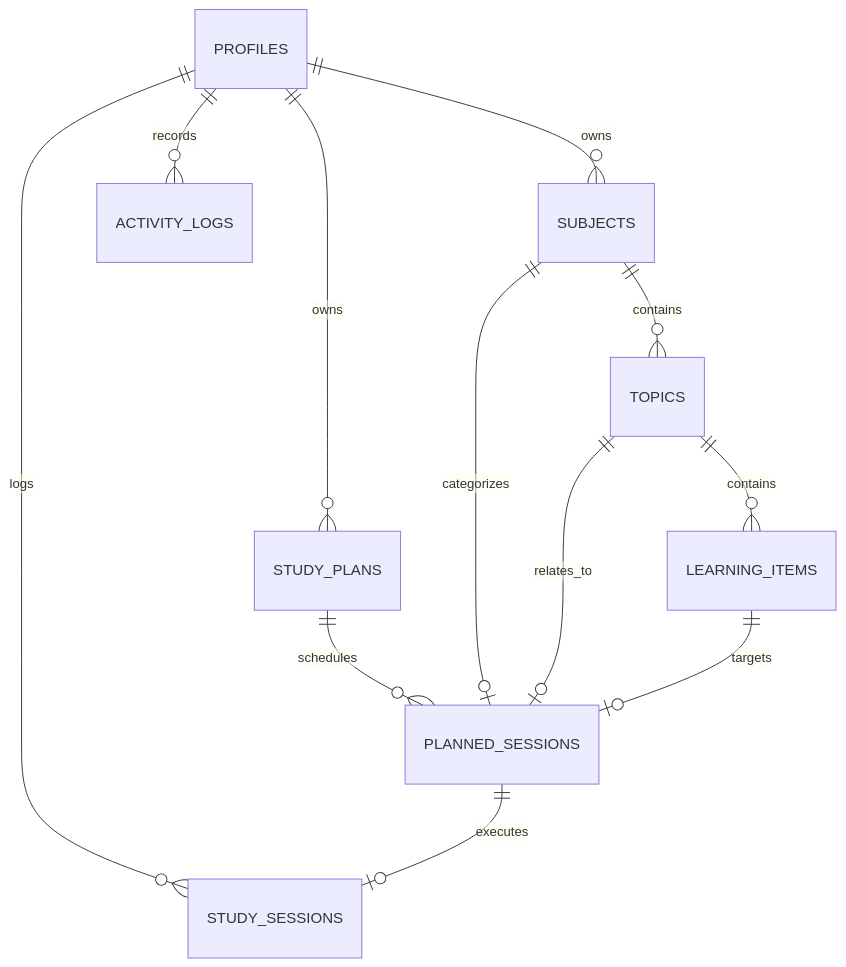
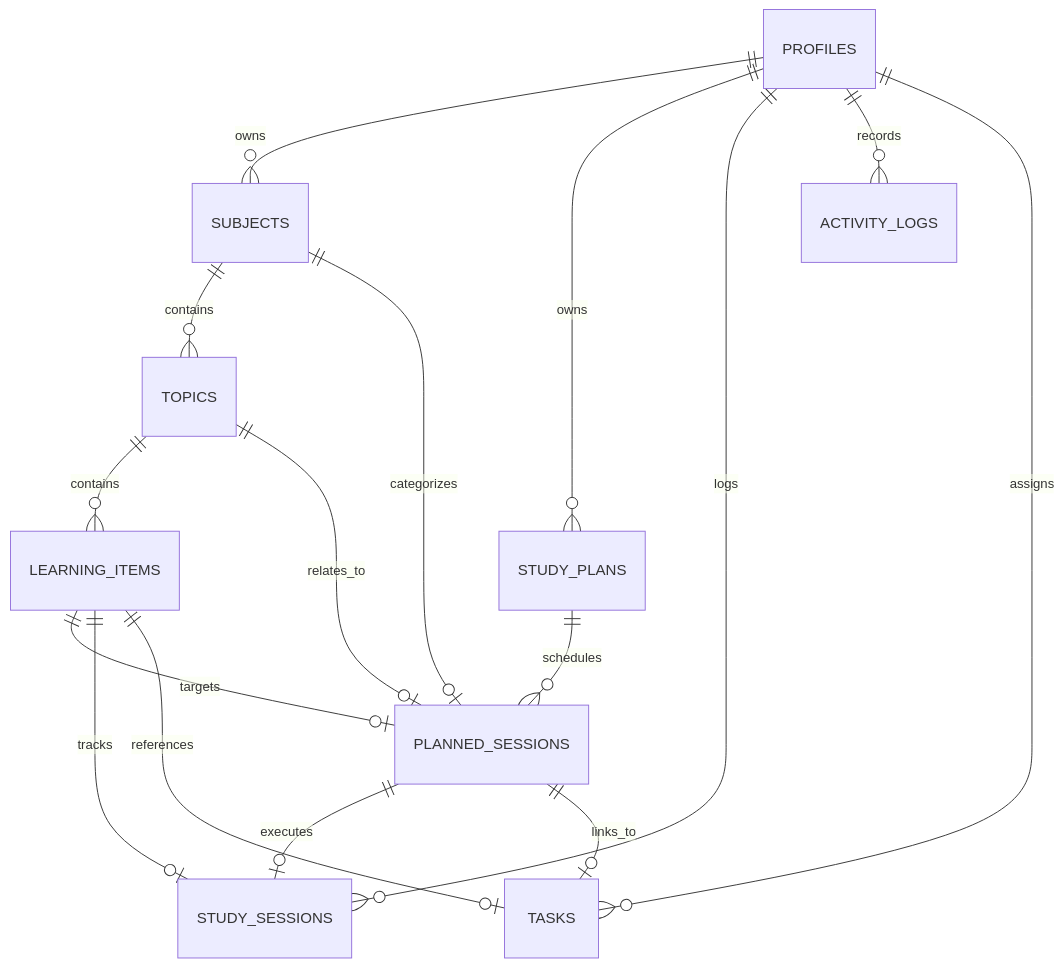
One commit to Maxwell343/StudyOS-Personal-Study-Management-Analytics-System changed the second of 2 diagrams in README.md. Above: the diagram before and after it, drawn with Mermaid. The commit also changed other lines of this file, not shown here.

````diff
--- a/README.md
+++ b/README.md
@@ -415,19 +254,24 @@
 ```mermaid
 erDiagram
 
     PROFILES ||--o{ SUBJECTS : owns
     PROFILES ||--o{ STUDY_PLANS : owns
     PROFILES ||--o{ STUDY_SESSIONS : logs
     PROFILES ||--o{ ACTIVITY_LOGS : records
+    PROFILES ||--o{ TASKS : assigns
 
     SUBJECTS ||--o{ TOPICS : contains
     TOPICS ||--o{ LEARNING_ITEMS : contains
 
     STUDY_PLANS ||--o{ PLANNED_SESSIONS : schedules
 
     SUBJECTS ||--o| PLANNED_SESSIONS : categorizes
     TOPICS ||--o| PLANNED_SESSIONS : relates_to
     LEARNING_ITEMS ||--o| PLANNED_SESSIONS : targets
 
     PLANNED_SESSIONS ||--o| STUDY_SESSIONS : executes
+    LEARNING_ITEMS ||--o| STUDY_SESSIONS : tracks
+
+    LEARNING_ITEMS ||--o| TASKS : references
+    PLANNED_SESSIONS ||--o| TASKS : links_to
 ```
````
